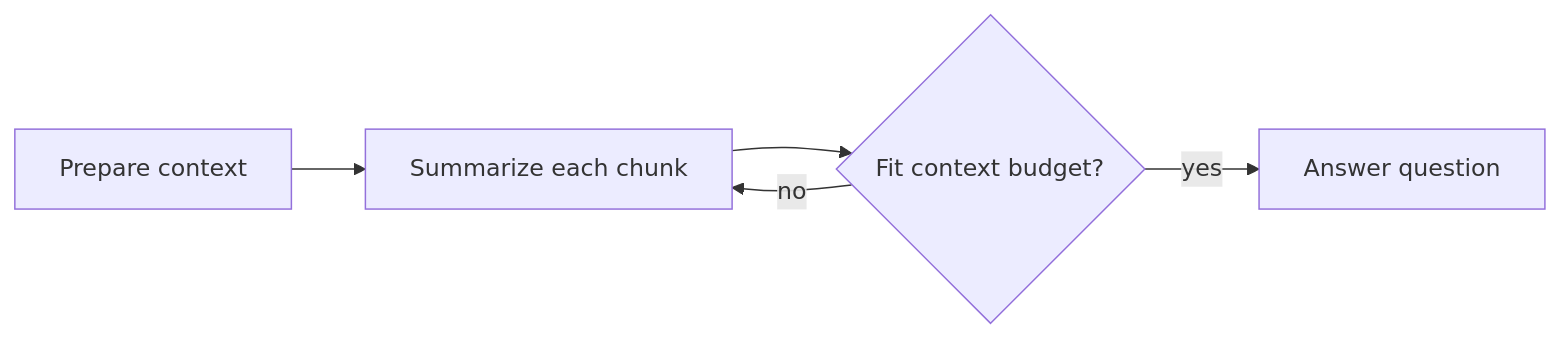
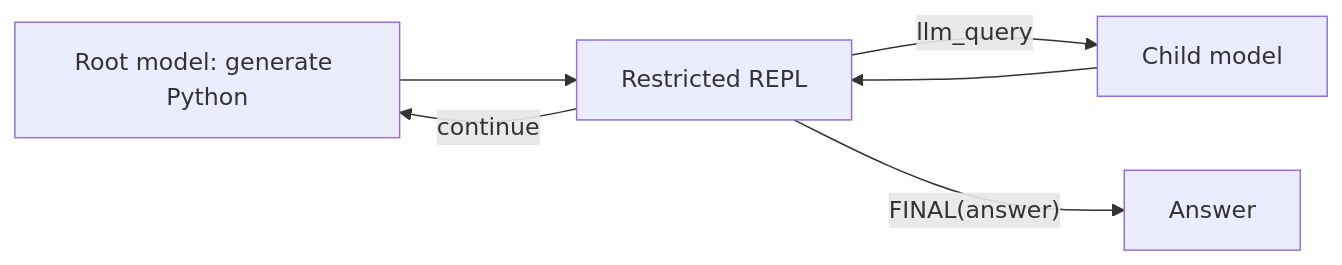
The diagram in cookbook/pocketflow-rlm/README.md (The-Pocket/PocketFlow), drawn with Mermaid before and after one commit. The commit also changed other lines of this file and 9 other files, not shown here.

Commit message:
Implement RLM cookbook with restricted REPL

````diff
--- a/cookbook/pocketflow-rlm/README.md
+++ b/cookbook/pocketflow-rlm/README.md
@@ -26,7 +31,8 @@
 ```mermaid
 flowchart LR
-    Prepare[Prepare context] --> Map[Summarize each chunk]
-    Map --> Reduce{Fit context budget?}
-    Reduce -- no --> Map
-    Reduce -- yes --> Answer[Answer question]
+    Root[Root model: generate Python] --> REPL[Restricted REPL]
+    REPL -- llm_query --> Child[Child model]
+    Child --> REPL
+    REPL -- continue --> Root
+    REPL -- FINAL(answer) --> Done[Answer]
 ```
````
